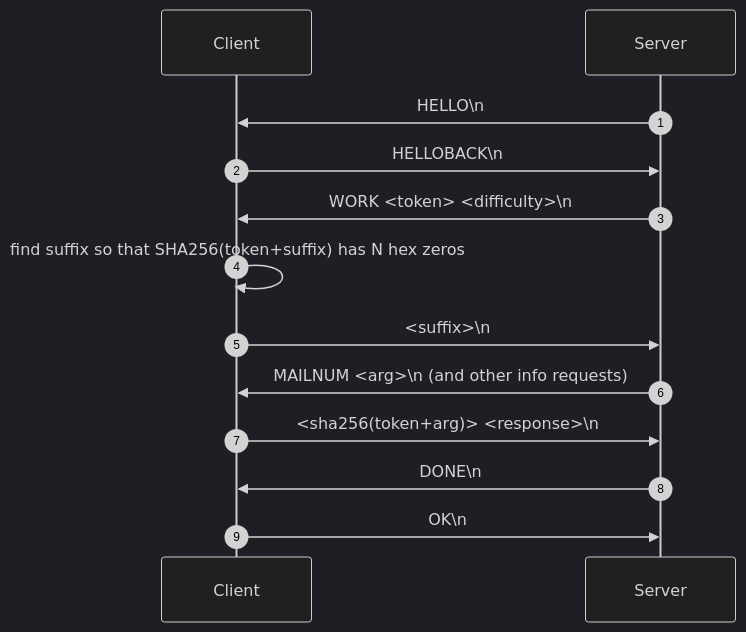
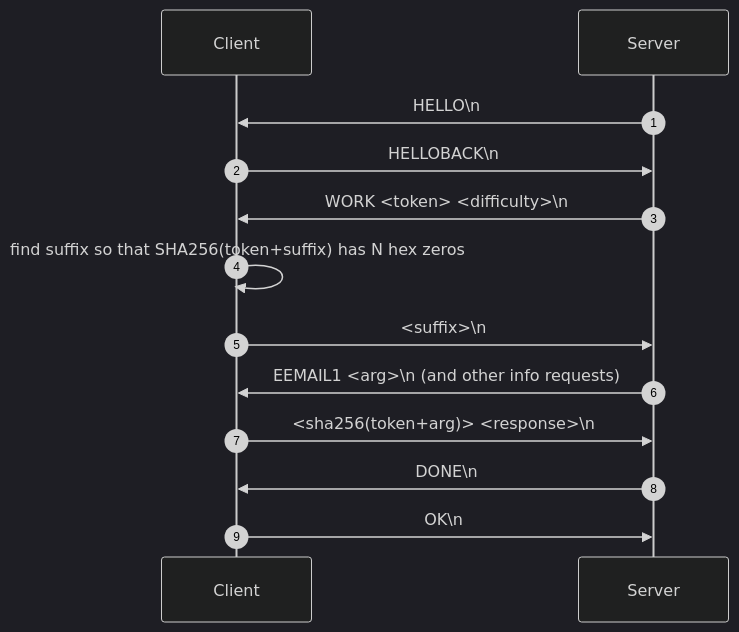
Before and after one commit to elliottbache/tls_connection_coding_challenge: the diagram in docs/guide.md, drawn with Mermaid (dark theme). The commit also changed other lines of this file and 9 other files, not shown here.

````diff
--- a/docs/guide.md
+++ b/docs/guide.md
@@ -21,19 +21,19 @@
 ```{mermaid}
 sequenceDiagram
   autonumber
   participant C as Client
   participant S as Server
 
   S->>C: HELLO\n
   C->>S: HELLOBACK\n
 
   S->>C: WORK <token> <difficulty>\n
   C->>C: find suffix so that SHA256(token+suffix) has N hex zeros
   C->>S: <suffix>\n
 
-  S->>C: MAILNUM <arg>\n (and other info requests)
+  S->>C: EEMAIL1 <arg>\n (and other info requests)
   C->>S: <sha256(token+arg)> <response>\n
 
   S->>C: DONE\n
   C->>S: OK\n
 ```
````
